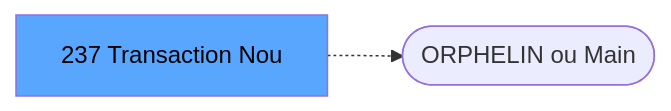
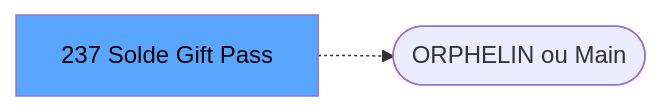
The second of 3 diagrams in .openspec/renders/ADH-IDE-237.md (thonyAGP/lecteur-magic), drawn with Mermaid before and after one commit. The commit also changed other lines of this file and 2 other files, not shown here.

````diff
--- a/.openspec/renders/ADH-IDE-237.md
+++ b/.openspec/renders/ADH-IDE-237.md
@@ -147,7 +125,7 @@
 ```mermaid
 graph LR
-    T[237 Transaction Nou]
+    T[237 Solde Gift Pass]
     ORPHAN([ORPHELIN ou Main])
     T -.-> ORPHAN
     style T fill:#58a6ff,color:#000
 ```
````
